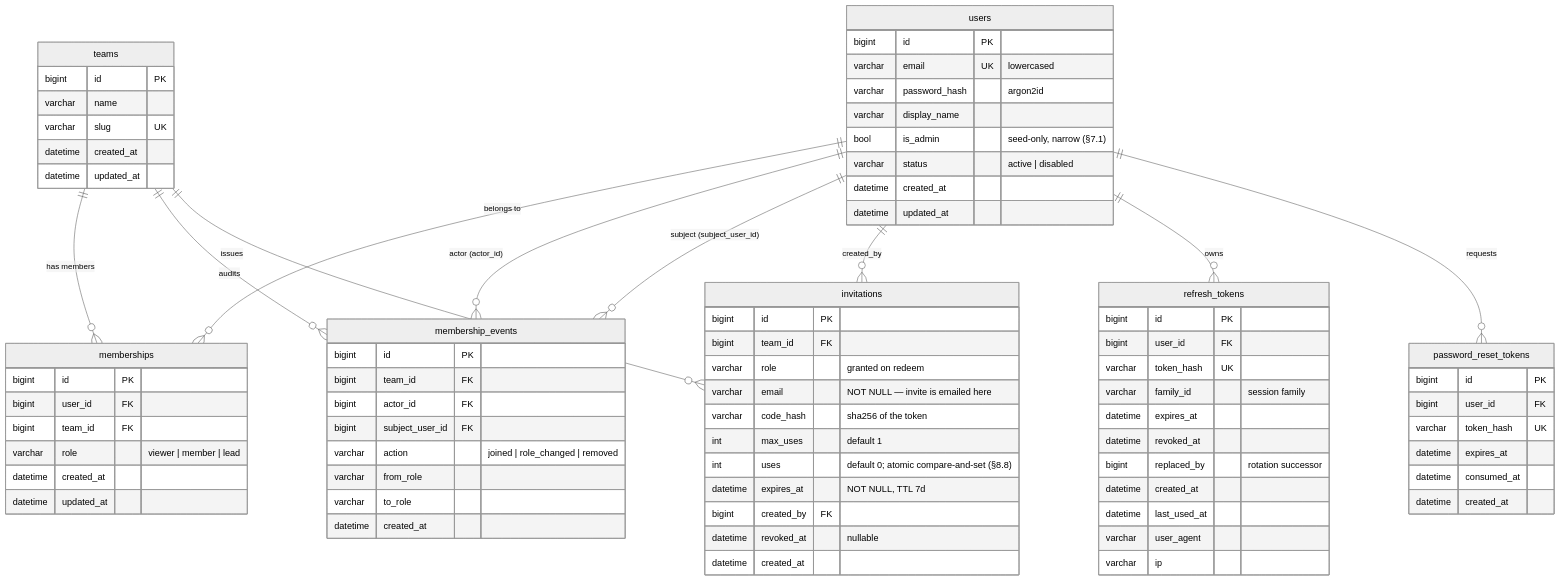
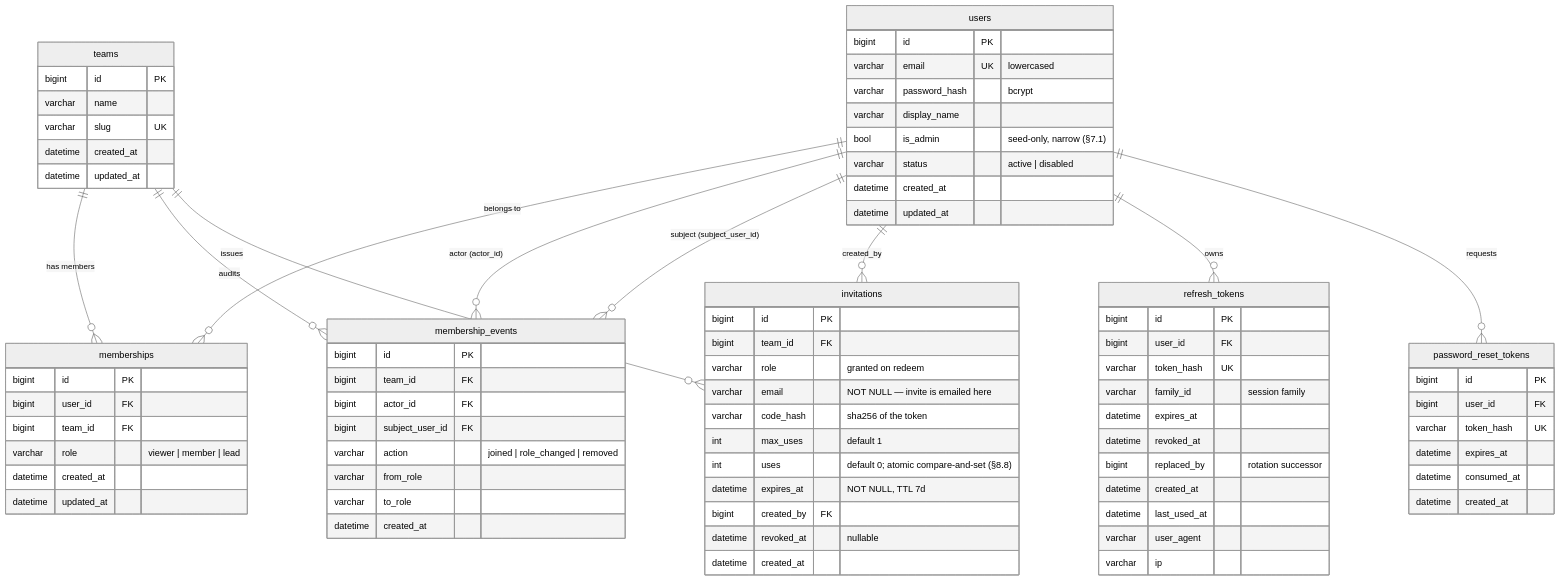
One commit to tabishraza302/newtoninte-ops changed the seventh of 9 diagrams in docs/architecture.md. Above: the diagram before and after it, drawn with Mermaid (neutral theme). The commit also changed 1 other file, not shown here.

Commit message:
docs: hash label says bcrypt, matching the bcrypt ruling the code implements

````diff
--- a/docs/architecture.md
+++ b/docs/architecture.md
@@ -198,82 +198,82 @@
 ```mermaid
 erDiagram
   users ||--o{ memberships : "belongs to"
   teams ||--o{ memberships : "has members"
   teams ||--o{ membership_events : "audits"
   users ||--o{ membership_events : "actor (actor_id)"
   users ||--o{ membership_events : "subject (subject_user_id)"
   users ||--o{ invitations : "created_by"
   teams ||--o{ invitations : "issues"
   users ||--o{ refresh_tokens : "owns"
   users ||--o{ password_reset_tokens : "requests"
 
   users {
     bigint id PK
     varchar email UK "lowercased"
-    varchar password_hash "argon2id"
+    varchar password_hash "bcrypt"
     varchar display_name
     bool is_admin "seed-only, narrow (§7.1)"
     varchar status "active | disabled"
     datetime created_at
     datetime updated_at
   }
   teams {
     bigint id PK
     varchar name
     varchar slug UK
     datetime created_at
     datetime updated_at
   }
   memberships {
     bigint id PK
     bigint user_id FK
     bigint team_id FK
     varchar role "viewer | member | lead"
     datetime created_at
     datetime updated_at
   }
   membership_events {
     bigint id PK
     bigint team_id FK
     bigint actor_id FK
     bigint subject_user_id FK
     varchar action "joined | role_changed | removed"
     varchar from_role
     varchar to_role
     datetime created_at
   }
   invitations {
     bigint id PK
     bigint team_id FK
     varchar role "granted on redeem"
     varchar email "NOT NULL — invite is emailed here"
     varchar code_hash "sha256 of the token"
     int max_uses "default 1"
     int uses "default 0; atomic compare-and-set (§8.8)"
     datetime expires_at "NOT NULL, TTL 7d"
     bigint created_by FK
     datetime revoked_at "nullable"
     datetime created_at
   }
   refresh_tokens {
     bigint id PK
     bigint user_id FK
     varchar token_hash UK
     varchar family_id "session family"
     datetime expires_at
     datetime revoked_at
     bigint replaced_by "rotation successor"
     datetime created_at
     datetime last_used_at
     varchar user_agent
     varchar ip
   }
   password_reset_tokens {
     bigint id PK
     bigint user_id FK
     varchar token_hash UK
     datetime expires_at
     datetime consumed_at
     datetime created_at
   }
 ```
````
